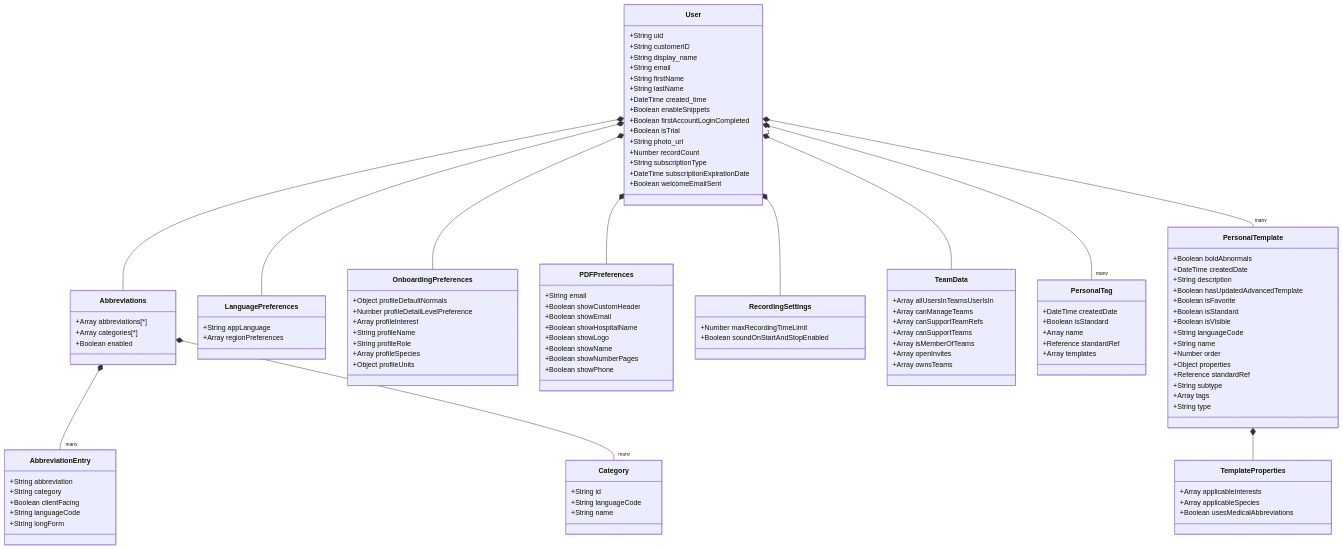
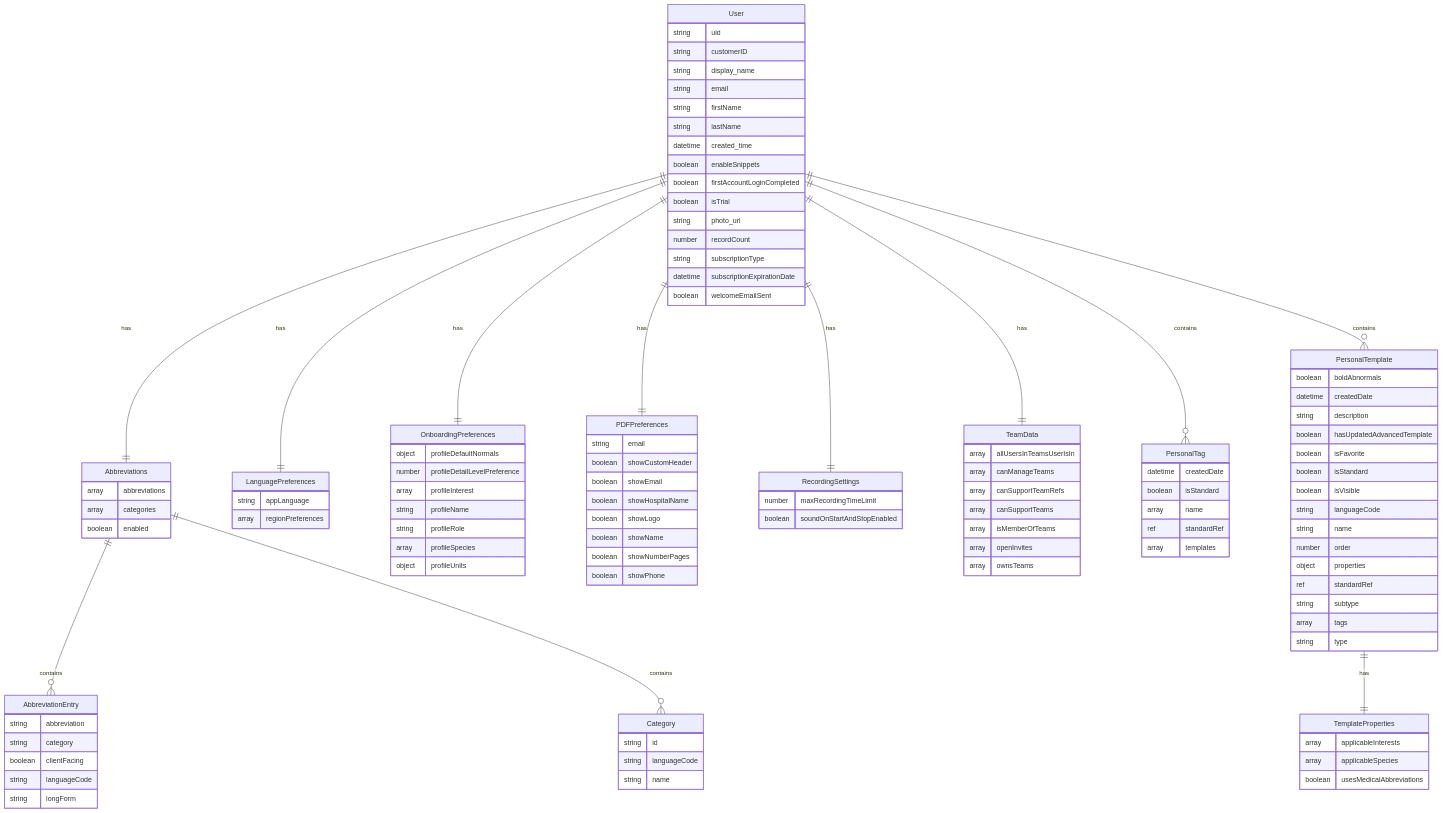
The diagram in data-models/user.md (coreybb/docs), drawn with Mermaid before and after one commit.

```diff
--- a/data-models/user.md
+++ b/data-models/user.md
@@ -6,126 +6,126 @@
 <div class="mermaid">
-classDiagram
-    class User {
-        +String uid
-        +String customerID
-        +String display_name
-        +String email
-        +String firstName
-        +String lastName
-        +DateTime created_time
-        +Boolean enableSnippets
-        +Boolean firstAccountLoginCompleted
-        +Boolean isTrial
-        +String photo_url
-        +Number recordCount
-        +String subscriptionType
-        +DateTime subscriptionExpirationDate
-        +Boolean welcomeEmailSent
+erDiagram
+    User {
+        string uid
+        string customerID
+        string display_name
+        string email
+        string firstName
+        string lastName
+        datetime created_time
+        boolean enableSnippets
+        boolean firstAccountLoginCompleted
+        boolean isTrial
+        string photo_url
+        number recordCount
+        string subscriptionType
+        datetime subscriptionExpirationDate
+        boolean welcomeEmailSent
     }
 
-    class Abbreviations {
-        +Array abbreviations[*]
-        +Array categories[*]
-        +Boolean enabled
+    Abbreviations {
+        array abbreviations
+        array categories
+        boolean enabled
     }
 
-    class AbbreviationEntry {
-        +String abbreviation
-        +String category
-        +Boolean clientFacing
-        +String languageCode
-        +String longForm
+    AbbreviationEntry {
+        string abbreviation
+        string category
+        boolean clientFacing
+        string languageCode
+        string longForm
     }
 
-    class Category {
-        +String id
-        +String languageCode
-        +String name
+    Category {
+        string id
+        string languageCode
+        string name
     }
 
-    class LanguagePreferences {
-        +String appLanguage
-        +Array regionPreferences
+    LanguagePreferences {
+        string appLanguage
+        array regionPreferences
     }
 
-    class OnboardingPreferences {
-        +Object profileDefaultNormals
-        +Number profileDetailLevelPreference
-        +Array profileInterest
-        +String profileName
-        +String profileRole
-        +Array profileSpecies
-        +Object profileUnits
+    OnboardingPreferences {
+        object profileDefaultNormals
+        number profileDetailLevelPreference
+        array profileInterest
+        string profileName
+        string profileRole
+        array profileSpecies
+        object profileUnits
     }
 
-    class PDFPreferences {
-        +String email
-        +Boolean showCustomHeader
-        +Boolean showEmail
-        +Boolean showHospitalName
-        +Boolean showLogo
-        +Boolean showName
-        +Boolean showNumberPages
-        +Boolean showPhone
+    PDFPreferences {
+        string email
+        boolean showCustomHeader
+        boolean showEmail
+        boolean showHospitalName
+        boolean showLogo
+        boolean showName
+        boolean showNumberPages
+        boolean showPhone
     }
 
-    class RecordingSettings {
-        +Number maxRecordingTimeLimit
-        +Boolean soundOnStartAndStopEnabled
+    RecordingSettings {
+        number maxRecordingTimeLimit
+        boolean soundOnStartAndStopEnabled
     }
 
-    class TeamData {
-        +Array allUsersInTeamsUserIsIn
-        +Array canManageTeams
-        +Array canSupportTeamRefs
-        +Array canSupportTeams
-        +Array isMemberOfTeams
-        +Array openInvites
-        +Array ownsTeams
+    TeamData {
+        array allUsersInTeamsUserIsIn
+        array canManageTeams
+        array canSupportTeamRefs
+        array canSupportTeams
+        array isMemberOfTeams
+        array openInvites
+        array ownsTeams
     }
 
-    class PersonalTag {
-        +DateTime createdDate
-        +Boolean isStandard
-        +Array name
-        +Reference standardRef
-        +Array templates
+    PersonalTag {
+        datetime createdDate
+        boolean isStandard
+        array name
+        ref standardRef
+        array templates
     }
 
-    class PersonalTemplate {
-        +Boolean boldAbnormals
-        +DateTime createdDate
-        +String description
-        +Boolean hasUpdatedAdvancedTemplate
-        +Boolean isFavorite
-        +Boolean isStandard
-        +Boolean isVisible
-        +String languageCode
-        +String name
-        +Number order
-        +Object properties
-        +Reference standardRef
-        +String subtype
-        +Array tags
-        +String type
+    PersonalTemplate {
+        boolean boldAbnormals
+        datetime createdDate
+        string description
+        boolean hasUpdatedAdvancedTemplate
+        boolean isFavorite
+        boolean isStandard
+        boolean isVisible
+        string languageCode
+        string name
+        number order
+        object properties
+        ref standardRef
+        string subtype
+        array tags
+        string type
     }
 
-    class TemplateProperties {
-        +Array applicableInterests
-        +Array applicableSpecies
-        +Boolean usesMedicalAbbreviations
+    TemplateProperties {
+        array applicableInterests
+        array applicableSpecies
+        boolean usesMedicalAbbreviations
     }
 
-    User *-- Abbreviations
-    User *-- LanguagePreferences
-    User *-- OnboardingPreferences
-    User *-- PDFPreferences
-    User *-- RecordingSettings
-    User *-- TeamData
-    User "1" *-- "many" PersonalTag
-    User "1" *-- "many" PersonalTemplate
-    PersonalTemplate *-- TemplateProperties
-    Abbreviations *-- "many" AbbreviationEntry
-    Abbreviations *-- "many" Category
+    User ||--|| Abbreviations : "has"
+    User ||--|| LanguagePreferences : "has"
+    User ||--|| OnboardingPreferences : "has"
+    User ||--|| PDFPreferences : "has"
+    User ||--|| RecordingSettings : "has"
+    User ||--|| TeamData : "has"
+    User ||--o{ PersonalTag : "contains"
+    User ||--o{ PersonalTemplate : "contains"
+    PersonalTemplate ||--|| TemplateProperties : "has"
+    Abbreviations ||--o{ AbbreviationEntry : "contains"
+    Abbreviations ||--o{ Category : "contains"
 
 </div>
```
